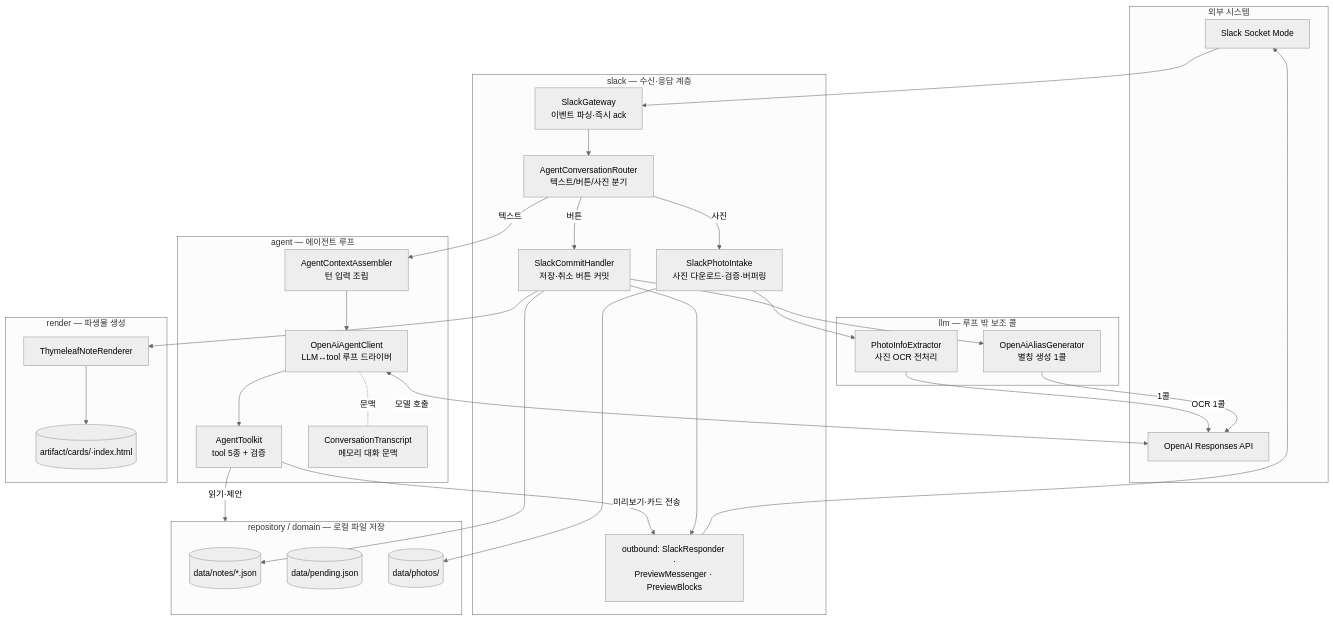
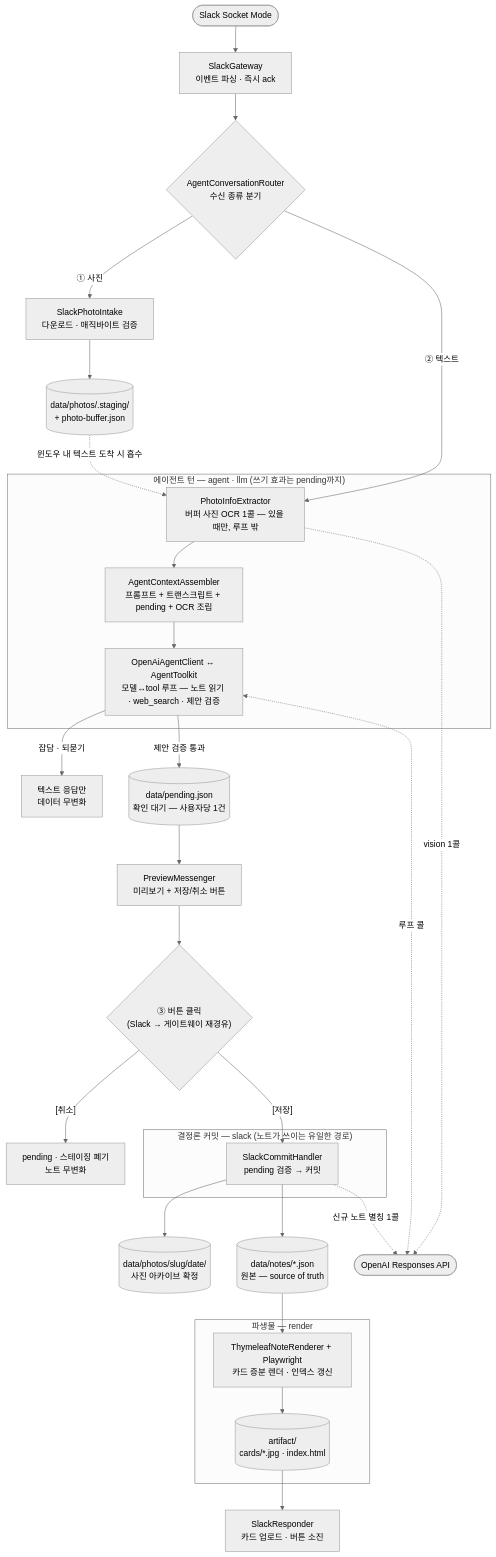
Before and after one commit to devwuu/mocha: the first of 8 diagrams in docs/architecture-classes-and-flows.md, drawn with Mermaid (neutral theme). The commit also changed other lines of this file, not shown here.

Commit message:
doc 수정

````diff
--- a/docs/architecture-classes-and-flows.md
+++ b/docs/architecture-classes-and-flows.md
@@ -89,54 +95,51 @@
 ```mermaid
 flowchart TB
-    subgraph EXT["외부 시스템"]
-        SLACK[Slack Socket Mode]
-        OPENAI[OpenAI Responses API]
+    SLACK(["Slack Socket Mode"])
+    OPENAI(["OpenAI Responses API"])
+    GW["SlackGateway<br/>이벤트 파싱 · 즉시 ack"]
+    ROUTER{"AgentConversationRouter<br/>수신 종류 분기"}
+    INTAKE["SlackPhotoIntake<br/>다운로드 · 매직바이트 검증"]
+    STAGING[("data/photos/.staging/<br/>+ photo-buffer.json")]
+
+    subgraph TURN["에이전트 턴 — agent · llm (쓰기 효과는 pending까지)"]
+        OCR["PhotoInfoExtractor<br/>버퍼 사진 OCR 1콜 — 있을 때만, 루프 밖"]
+        ASM["AgentContextAssembler<br/>프롬프트 + 트랜스크립트 + pending + OCR 조립"]
+        LOOP["OpenAiAgentClient ↔ AgentToolkit<br/>모델↔tool 루프 — 노트 읽기 · web_search · 제안 검증"]
     end
 
-    subgraph IN["slack — 수신·응답 계층"]
-        GW[SlackGateway<br/>이벤트 파싱·즉시 ack]
-        ROUTER[AgentConversationRouter<br/>텍스트/버튼/사진 분기]
-        INTAKE[SlackPhotoIntake<br/>사진 다운로드·검증·버퍼링]
-        COMMIT[SlackCommitHandler<br/>저장·취소 버튼 커밋]
-        OUT[outbound: SlackResponder ·<br/>PreviewMessenger · PreviewBlocks]
+    TEXTONLY["텍스트 응답만<br/>데이터 무변화"]
+    PENDING[("data/pending.json<br/>확인 대기 — 사용자당 1건")]
+    PREVIEW["PreviewMessenger<br/>미리보기 + 저장/취소 버튼"]
+    BTN{"③ 버튼 클릭<br/>(Slack → 게이트웨이 재경유)"}
+    CANCEL["pending · 스테이징 폐기<br/>노트 무변화"]
+
+    subgraph COMMITG["결정론 커밋 — slack (노트가 쓰이는 유일한 경로)"]
+        COMMIT["SlackCommitHandler<br/>pending 검증 → 커밋"]
     end
 
-    subgraph AG["agent — 에이전트 루프"]
-        ASM[AgentContextAssembler<br/>턴 입력 조립]
-        CLIENT[OpenAiAgentClient<br/>LLM↔tool 루프 드라이버]
-        TOOLS[AgentToolkit<br/>tool 5종 + 검증]
-        TRANS[ConversationTranscript<br/>메모리 대화 문맥]
+    ARCHIVE[("data/photos/slug/date/<br/>사진 아카이브 확정")]
+    NOTES[("data/notes/*.json<br/>원본 — source of truth")]
+
+    subgraph REN["파생물 — render"]
+        RENDER["ThymeleafNoteRenderer + Playwright<br/>카드 증분 렌더 · 인덱스 갱신"]
+        CARDS[("artifact/<br/>cards/*.jpg · index.html")]
     end
 
-    subgraph LLM["llm — 루프 밖 보조 콜"]
-        VISION[PhotoInfoExtractor<br/>사진 OCR 전처리]
-        ALIAS[OpenAiAliasGenerator<br/>별칭 생성 1콜]
-    end
-
-    subgraph REPO["repository / domain — 로컬 파일 저장"]
-        NOTES[(data/notes/*.json)]
-        PENDING[(data/pending.json)]
-        PHOTOS[(data/photos/)]
-    end
-
-    subgraph REN["render — 파생물 생성"]
-        RENDERER[ThymeleafNoteRenderer]
-        CARDS[(artifact/cards/·index.html)]
-    end
+    DONE["SlackResponder<br/>카드 업로드 · 버튼 소진"]
 
     SLACK --> GW --> ROUTER
-    ROUTER -->|텍스트| ASM --> CLIENT
-    ROUTER -->|사진| INTAKE
-    ROUTER -->|버튼| COMMIT
-    CLIENT <-->|모델 호출| OPENAI
-    CLIENT --> TOOLS
-    TOOLS -->|읽기·제안| REPO
-    TOOLS -->|미리보기·카드 전송| OUT
-    CLIENT -.문맥.- TRANS
-    INTAKE --> VISION -->|OCR 1콜| OPENAI
-    INTAKE --> PHOTOS
-    COMMIT --> NOTES
-    COMMIT --> ALIAS -->|1콜| OPENAI
-    COMMIT --> RENDERER --> CARDS
-    COMMIT --> OUT --> SLACK
+    ROUTER -->|"① 사진"| INTAKE --> STAGING
+    ROUTER -->|"② 텍스트"| OCR
+    STAGING -.->|"윈도우 내 텍스트 도착 시 흡수"| OCR
+    OCR --> ASM --> LOOP
+    LOOP -->|"잡담 · 되묻기"| TEXTONLY
+    LOOP -->|"제안 검증 통과"| PENDING --> PREVIEW --> BTN
+    BTN -->|"[취소]"| CANCEL
+    BTN -->|"[저장]"| COMMIT
+    COMMIT --> ARCHIVE
+    COMMIT --> NOTES --> RENDER --> CARDS --> DONE
+
+    LOOP <-.->|"루프 콜"| OPENAI
+    OCR -.->|"vision 1콜"| OPENAI
+    COMMIT -.->|"신규 노트 별칭 1콜"| OPENAI
 ```
````
